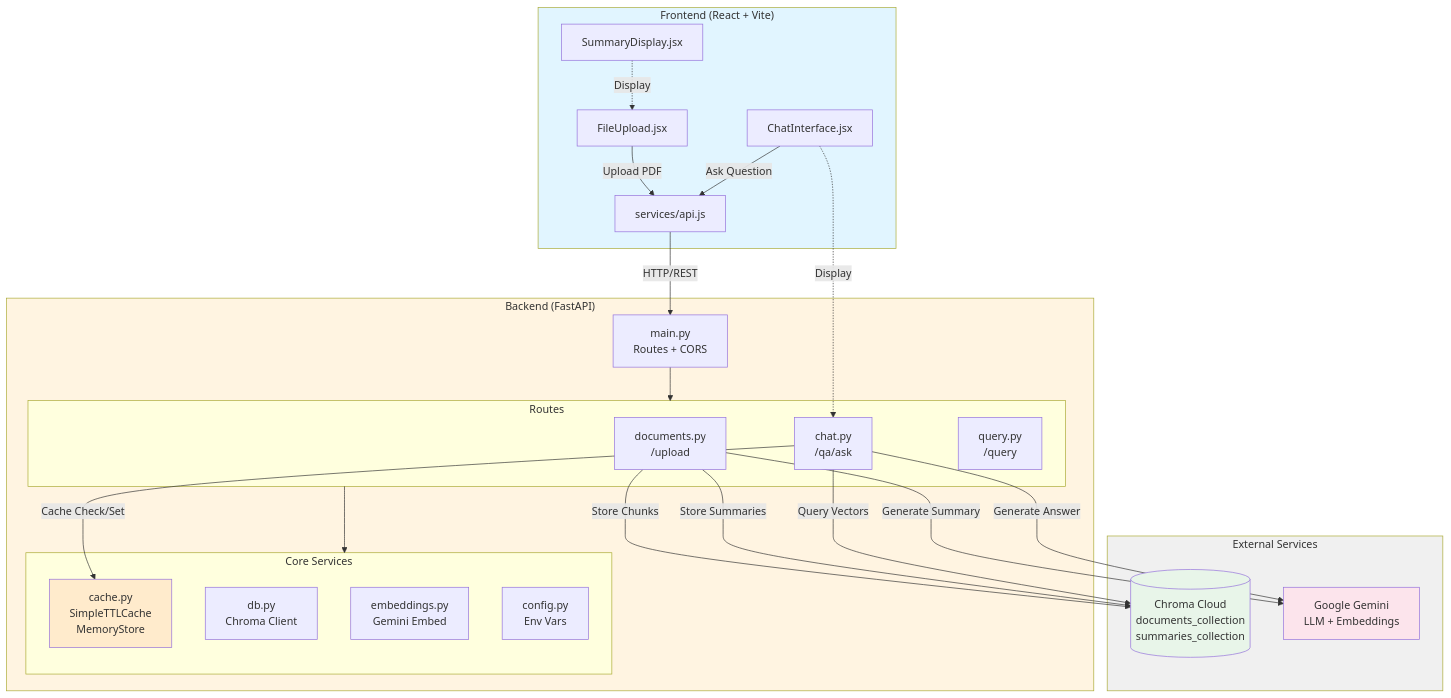
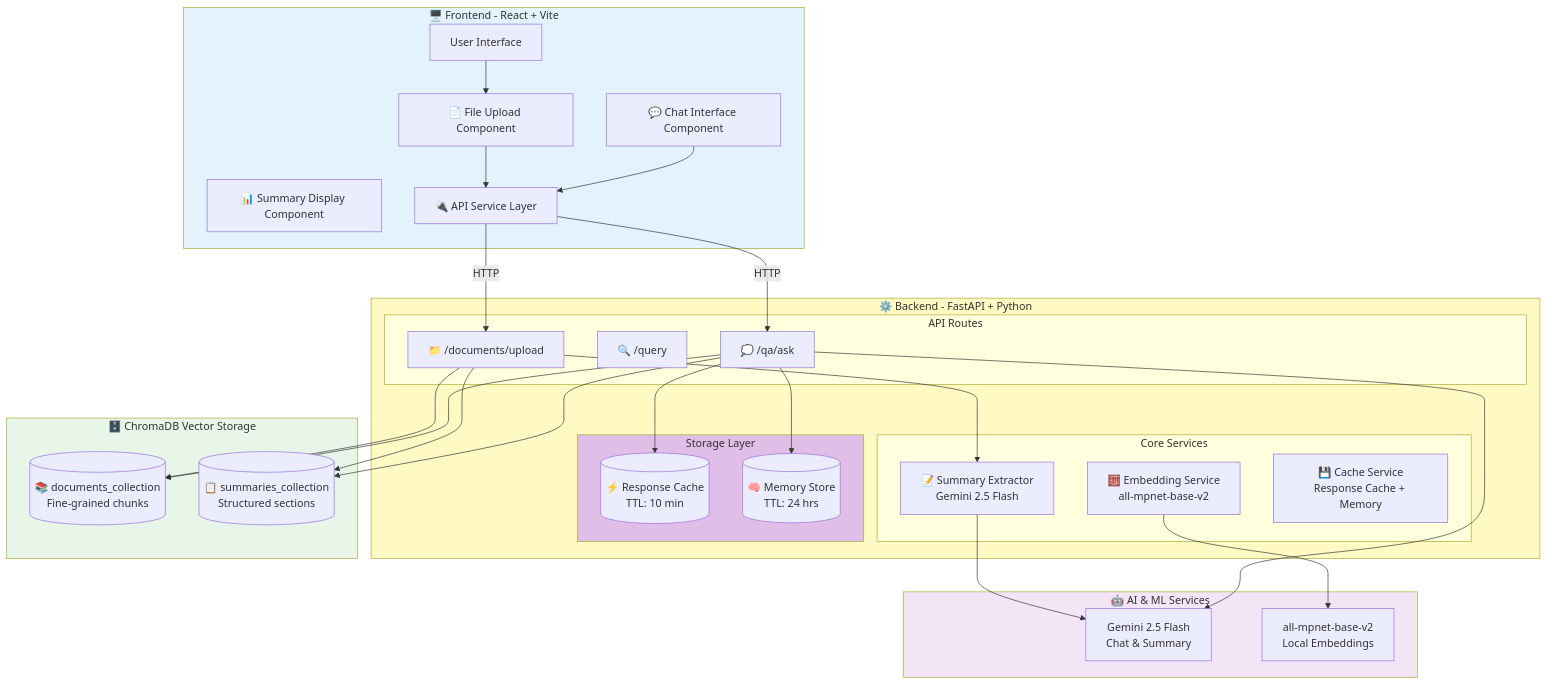
Before and after one commit to Imashanilupul/Research-Application-CAG: the first of 3 diagrams in README.md, drawn with Mermaid. The commit also changed other lines of this file and 2 other files, not shown here.

````diff
--- a/README.md
+++ b/README.md
@@ -7,56 +22,61 @@
 ```mermaid
 graph TB
-    subgraph Frontend["Frontend (React + Vite)"]
-        FU[FileUpload.jsx]
-        SD[SummaryDisplay.jsx]
-        CI[ChatInterface.jsx]
-        API[services/api.js]
+    subgraph Frontend["🖥️ Frontend - React + Vite"]
+        UI[User Interface]
+        FileUploadComp[📄 File Upload Component]
+        ChatComp[💬 Chat Interface Component]
+        SummaryComp[📊 Summary Display Component]
+        APIService[🔌 API Service Layer]
     end
     
-    subgraph Backend["Backend (FastAPI)"]
-        MAIN[main.py<br/>Routes + CORS]
-        
-        subgraph Routes
-            DOC[documents.py<br/>/upload]
-            CHAT[chat.py<br/>/qa/ask]
-            QUERY[query.py<br/>/query]
+    subgraph Backend["⚙️ Backend - FastAPI + Python"]
+        subgraph API["API Routes"]
+            DocRoute[📁 /documents/upload]
+            QueryRoute[🔍 /query]
+            ChatRoute[💭 /qa/ask]
         end
         
         subgraph Core["Core Services"]
-            CACHE[cache.py<br/>SimpleTTLCache<br/>MemoryStore]
-            DB[db.py<br/>Chroma Client]
-            EMB[embeddings.py<br/>Gemini Embed]
-            CFG[config.py<br/>Env Vars]
+            SummaryExtractor[📝 Summary Extractor<br/>Gemini 2.5 Flash]
+            EmbeddingService[🧮 Embedding Service<br/>all-mpnet-base-v2]
+            CacheService[💾 Cache Service<br/>Response Cache + Memory]
         end
         
-        MAIN --> Routes
-        Routes --> Core
+        subgraph Storage["Storage Layer"]
+            ResponseCache[(⚡ Response Cache<br/>TTL: 10 min)]
+            MemoryStore[(🧠 Memory Store<br/>TTL: 24 hrs)]
+        end
     end
     
-    subgraph External["External Services"]
-        CHROMA[(Chroma Cloud<br/>documents_collection<br/>summaries_collection)]
-        GEMINI[Google Gemini<br/>LLM + Embeddings]
+    subgraph VectorDB["🗄️ ChromaDB Vector Storage"]
+        DocsCollection[(📚 documents_collection<br/>Fine-grained chunks)]
+        SummariesCollection[(📋 summaries_collection<br/>Structured sections)]
     end
     
-    FU -->|Upload PDF| API
-    CI -->|Ask Question| API
-    API -->|HTTP/REST| MAIN
+    subgraph AI["🤖 AI & ML Services"]
+        GeminiLLM[Gemini 2.5 Flash<br/>Chat & Summary]
+        SentenceTransformer[all-mpnet-base-v2<br/>Local Embeddings]
+    end
     
-    DOC -->|Store Chunks| CHROMA
-    DOC -->|Store Summaries| CHROMA
-    DOC -->|Generate Summary| GEMINI
+    UI --> FileUploadComp
+    FileUploadComp --> APIService
+    ChatComp --> APIService
+    APIService -->|HTTP| DocRoute
+    APIService -->|HTTP| ChatRoute
+    DocRoute --> SummaryExtractor
+    SummaryExtractor --> GeminiLLM
+    EmbeddingService --> SentenceTransformer
+    DocRoute --> DocsCollection
+    DocRoute --> SummariesCollection
+    ChatRoute --> ResponseCache
+    ChatRoute --> MemoryStore
+    ChatRoute --> DocsCollection
+    ChatRoute --> SummariesCollection
+    ChatRoute --> GeminiLLM
     
-    CHAT -->|Query Vectors| CHROMA
-    CHAT -->|Generate Answer| GEMINI
-    CHAT -->|Cache Check/Set| CACHE
-    
-    SD -.->|Display| FU
-    CI -.->|Display| CHAT
-    
-    style Frontend fill:#e1f5ff
-    style Backend fill:#fff4e1
-    style External fill:#f0f0f0
-    style CACHE fill:#ffebcc
-    style CHROMA fill:#e8f5e9
-    style GEMINI fill:#fce4ec
+    style Frontend fill:#e3f2fd
+    style Backend fill:#fff9c4
+    style VectorDB fill:#e8f5e9
+    style AI fill:#f3e5f5
+    style Storage fill:#e1bee7
 ```
````
